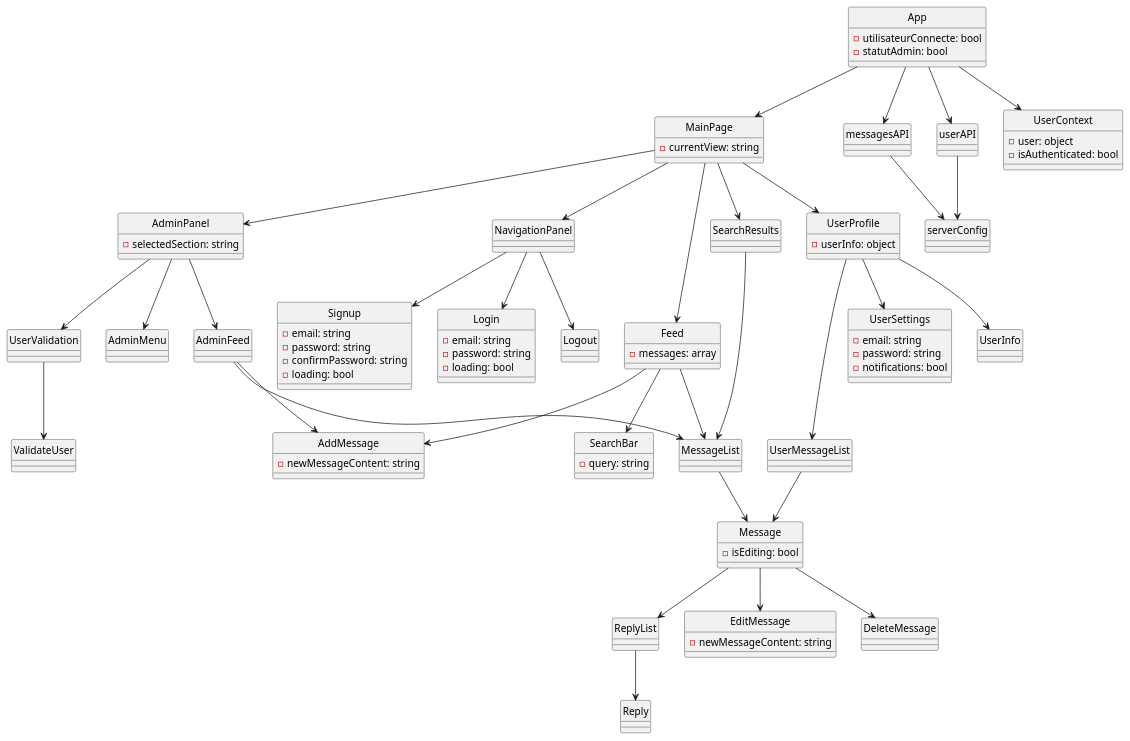
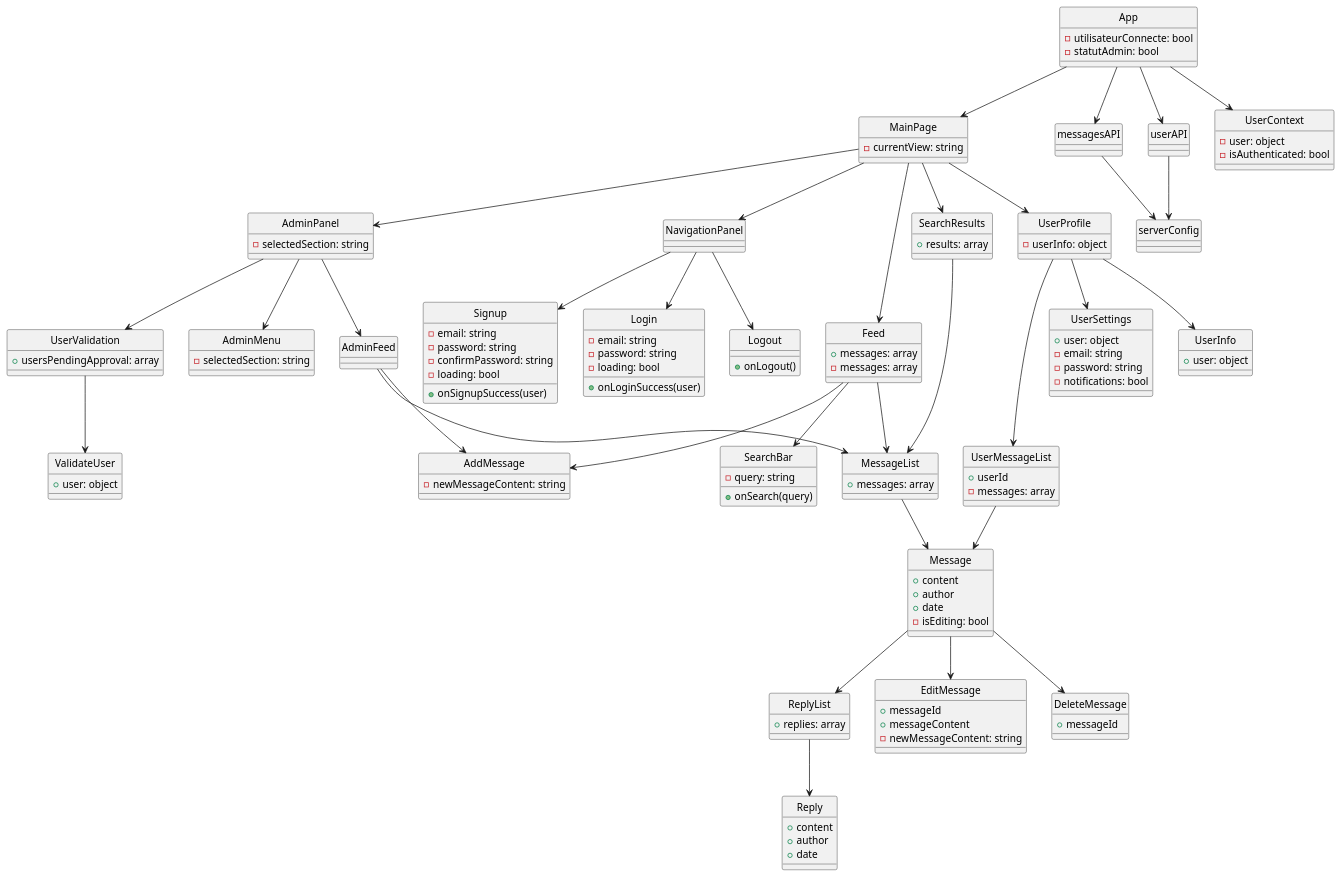
The diagram in LU3IN017/Organiz'asso/diagramme.puml (Antoine1903/Projets_Sorbonne_Universite), drawn with PlantUML before and after one commit.

```diff
--- a/LU3IN017/Organiz'asso/diagramme.puml
+++ b/LU3IN017/Organiz'asso/diagramme.puml
@@ -1,116 +1,176 @@
 @startuml
 skinparam style strictuml
 
 class App {
   - utilisateurConnecte: bool
   - statutAdmin: bool
 }
 
 class MainPage {
-  - currentView: string
+ - currentView: string
 }
 
 class NavigationPanel
+
 class Login {
+  + onLoginSuccess(user)
   - email: string
   - password: string
   - loading: bool
 }
-class Logout
+
+class Logout {
+  + onLogout()
+}
+
 class Signup {
+  + onSignupSuccess(user)
   - email: string
   - password: string
   - confirmPassword: string
   - loading: bool
 }
 
 class Feed {
+  + messages: array
   - messages: array
 }
+
 class SearchBar {
+  + onSearch(query)
   - query: string
 }
-class MessageList
+
+class MessageList {
+  + messages: array
+}
+
 class Message {
+  + content
+  + author
+  + date
   - isEditing: bool
 }
-class ReplyList
-class Reply
+
+class ReplyList {
+  + replies: array
+}
+
+class Reply {
+  + content
+  + author
+  + date
+}
+
 class EditMessage {
+  + messageId
+  + messageContent
   - newMessageContent: string
 }
-class DeleteMessage
+
+class DeleteMessage {
+  + messageId
+}
+
 class AddMessage {
   - newMessageContent: string
 }
 
 class UserProfile {
   - userInfo: object
 }
-class UserInfo
+
+class UserInfo {
+  + user: object
+}
+
 class UserSettings {
+  + user: object
   - email: string
   - password: string
   - notifications: bool
 }
-class UserMessageList
 
-class SearchResults
+class UserMessageList {
+  + userId
+  - messages: array
+}
+
+class SearchResults {
+  + results: array
+}
+
 class AdminPanel {
   - selectedSection: string
 }
-class AdminMenu
-class UserValidation
-class ValidateUser
-class AdminFeed
 
-class messagesAPI
-class userAPI
-class serverConfig
+class AdminMenu {
+  - selectedSection: string
+}
+
+class UserValidation {
+  + usersPendingApproval: array
+}
+
+class ValidateUser {
+  + user: object
+}
+
+class AdminFeed {
+}
+
+class messagesAPI {
+}
+
+class userAPI {
+}
+
+class serverConfig {
+}
+
 class UserContext {
   - user: object
   - isAuthenticated: bool
 }
 
 App --> MainPage
 MainPage --> NavigationPanel
 MainPage --> Feed
 MainPage --> UserProfile
 MainPage --> SearchResults
 MainPage --> AdminPanel
 
 NavigationPanel --> Login
 NavigationPanel --> Logout
 NavigationPanel --> Signup
 
 Feed --> SearchBar
 Feed --> MessageList
 Feed --> AddMessage
 
 MessageList --> Message
 Message --> ReplyList
 ReplyList --> Reply
 Message --> EditMessage
 Message --> DeleteMessage
 
 UserProfile --> UserInfo
 UserProfile --> UserSettings
 UserProfile --> UserMessageList
 UserMessageList --> Message
 
 SearchResults --> MessageList
 
 AdminPanel --> AdminMenu
 AdminPanel --> UserValidation
 UserValidation --> ValidateUser
 AdminPanel --> AdminFeed
 AdminFeed --> MessageList
 AdminFeed --> AddMessage
 
 App --> UserContext
 App --> messagesAPI
 App --> userAPI
 messagesAPI --> serverConfig
 userAPI --> serverConfig
-
 @enduml
```
